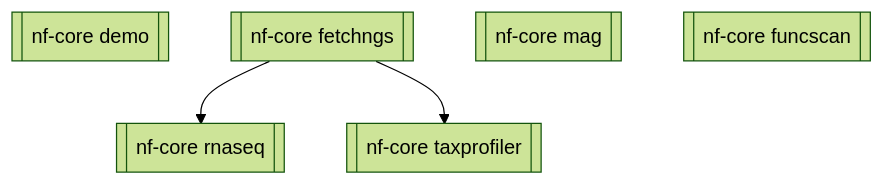
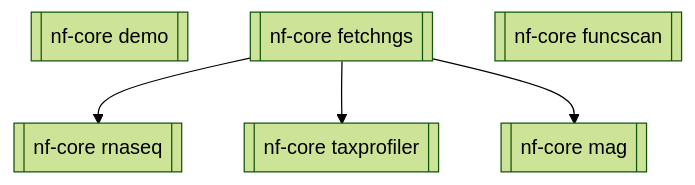
Before and after one commit to mahesh-panchal/nf-cascade: the diagram in README.md, drawn with Mermaid (forest theme).

Commit message:
Update flowchart

````diff
--- a/README.md
+++ b/README.md
@@ -7,8 +7,8 @@
 ```mermaid
 graph TD
     demo[[nf-core demo]]
     fetchngs[[nf-core fetchngs]] --> rnaseq[[nf-core rnaseq]]
     fetchngs --> taxprofiler[[nf-core taxprofiler]]
-    mag[[nf-core mag]]
+    fetchngs --> mag[[nf-core mag]]
     funcscan[[nf-core funcscan]]
 ```
````
